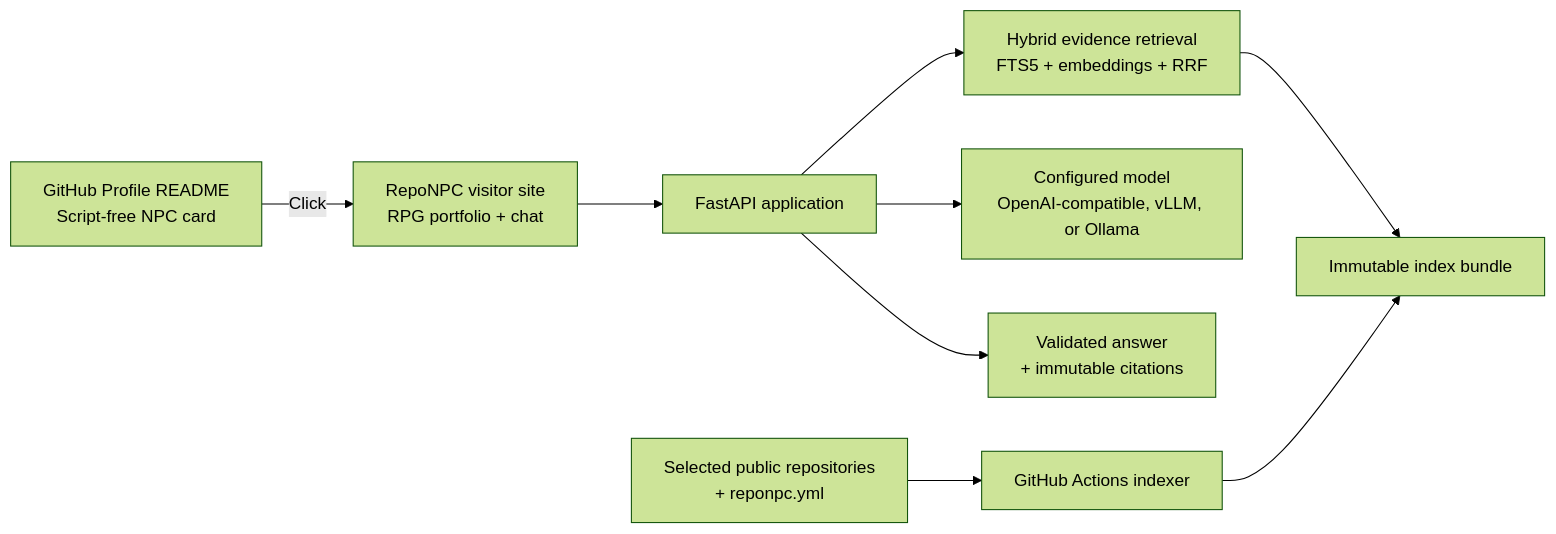
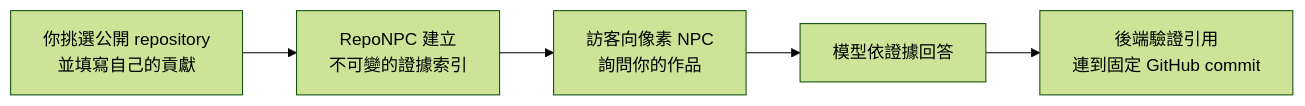
The diagram in README.md (xu-0306/RepoNPC), drawn with Mermaid (forest theme) before and after one commit. The commit also changed other lines of this file, not shown here.

````diff
--- a/README.md
+++ b/README.md
@@ -42,11 +27,7 @@
 ```mermaid
 flowchart LR
-    A["GitHub Profile README<br/>Script-free NPC card"] -->|"Click"| B["RepoNPC visitor site<br/>RPG portfolio + chat"]
-    B --> C["FastAPI application"]
-    C --> D["Hybrid evidence retrieval<br/>FTS5 + embeddings + RRF"]
-    D --> E["Immutable index bundle"]
-    F["Selected public repositories<br/>+ reponpc.yml"] --> G["GitHub Actions indexer"]
-    G --> E
-    C --> H["Configured model<br/>OpenAI-compatible, vLLM, or Ollama"]
-    C --> I["Validated answer<br/>+ immutable citations"]
+    A["你挑選公開 repository<br/>並填寫自己的貢獻"] --> B["RepoNPC 建立<br/>不可變的證據索引"]
+    B --> C["訪客向像素 NPC<br/>詢問你的作品"]
+    C --> D["模型依證據回答"]
+    D --> E["後端驗證引用<br/>連到固定 GitHub commit"]
 ```
````
